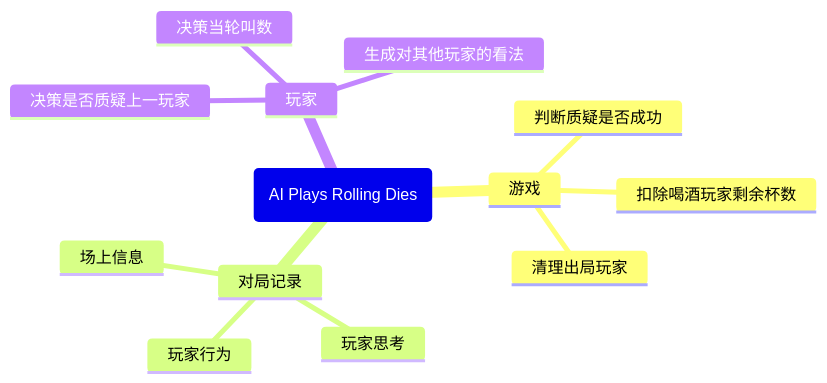
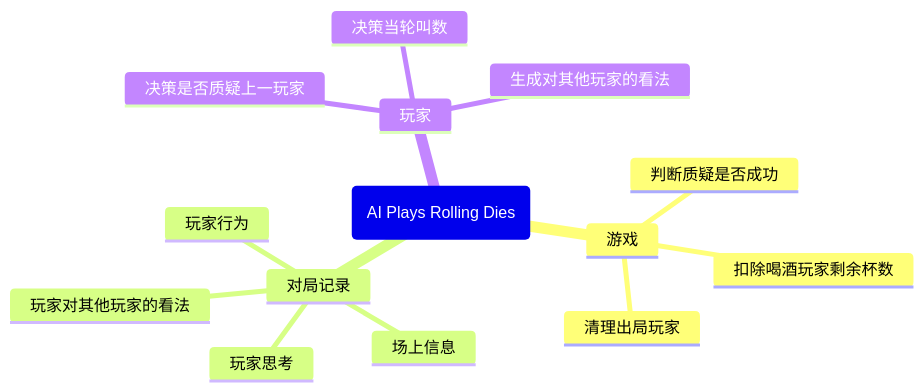
Before and after one commit to liujinsui4a90f/LLM-Rolling-Dies: the diagram in README.md, drawn with Mermaid. The commit also changed 4 other files, not shown here.

````diff
--- a/README.md
+++ b/README.md
@@ -8,18 +8,19 @@
 ```mermaid
 mindmap
   root(AI Plays Rolling Dies)
     游戏
         判断质疑是否成功
         扣除喝酒玩家剩余杯数
         清理出局玩家
     
     对局记录
         场上信息
         玩家思考
         玩家行为
+        玩家对其他玩家的看法
 
     玩家
         决策是否质疑上一玩家
         决策当轮叫数
         生成对其他玩家的看法
 ```
````
